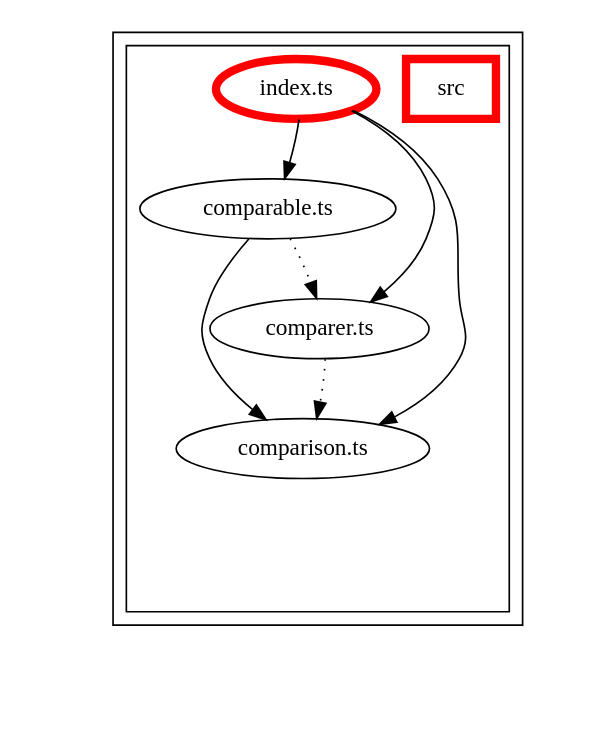
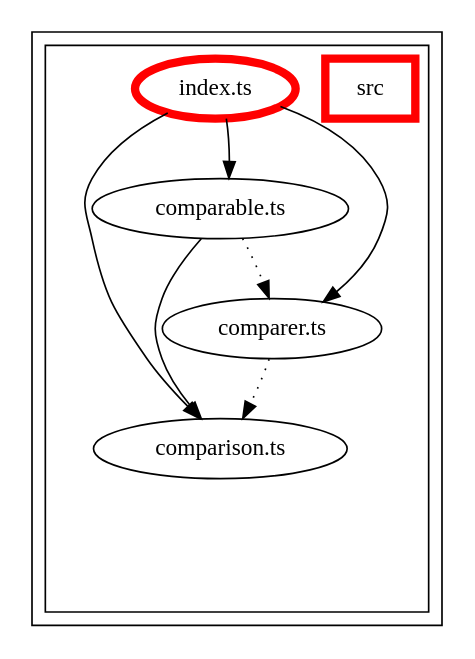
The diagram in packages/alfa-comparable/docs/dependency-graph.dot (Siteimprove/alfa), drawn with Graphviz before and after one commit. The commit also changed 161 other files, not shown here.

First line of the commit message:
Update packages dependency graphs (#1900)

```diff
--- a/packages/alfa-comparable/docs/dependency-graph.dot
+++ b/packages/alfa-comparable/docs/dependency-graph.dot
@@ -1,130 +1,106 @@
-digraph "dependency-graph-[object Object]" {
+digraph "dependency-graph-@siteimprove/alfa-comparable" {
   compound = true;
-  "dependency-graph-[object Object]" [
-    style = "invis";
-  ];
+  "src/comparison.ts";
   "src/comparer.ts";
-  "src/comparison.ts";
   "src/comparable.ts";
   subgraph "cluster_src" {
     color = "#000000";
     label = "";
-    "name_src" [
-      penwidth = 5;
-      shape = "rectangle";
-      color = "#ff0000";
-      label = "src";
-    ];
     "exit_src" [
       style = "invis";
     ];
     subgraph "cluster_src" {
       color = "#000000";
       label = "";
       "name_src" [
         penwidth = 5;
         shape = "rectangle";
         color = "#ff0000";
         label = "src";
       ];
       "exit_src" [
         style = "invis";
       ];
-      "src/comparable.ts" [
-        label = "comparable.ts";
-      ];
       "src/comparer.ts" [
         label = "comparer.ts";
       ];
       "src/comparison.ts" [
         label = "comparison.ts";
       ];
+      "src/comparable.ts" [
+        label = "comparable.ts";
+      ];
       "src/index.ts" [
         label = "index.ts";
         color = "#ff0000";
         penwidth = 5;
       ];
-      "src/comparable.ts" -> "exit_src" [
-        style = "invis";
-      ];
       "src/comparer.ts" -> "exit_src" [
         style = "invis";
       ];
       "src/comparison.ts" -> "exit_src" [
+        style = "invis";
+      ];
+      "src/comparable.ts" -> "exit_src" [
         style = "invis";
       ];
       "src/index.ts" -> "exit_src" [
         style = "invis";
       ];
     }
     "exit_src" -> "exit_src" [
       style = "invis";
     ];
     "exit_src" -> "exit_src" [
       style = "invis";
     ];
     "exit_src" -> "exit_src" [
       style = "invis";
     ];
     "exit_src" -> "exit_src" [
       style = "invis";
     ];
   }
-  "exit_src" -> "dependency-graph-[object Object]" [
+  "src/comparer.ts" -> "src/comparison.ts" [
     style = "invis";
+  ];
+  "src/comparer.ts" -> "src/comparison.ts" [
+    style = "dotted";
+    color = "black";
   ];
   "src/comparable.ts" -> "src/comparer.ts" [
     style = "invis";
   ];
   "src/comparable.ts" -> "src/comparer.ts" [
     style = "dotted";
-    ltail = "cluster_src/comparable.ts";
-    lhead = "cluster_src/comparer.ts";
     color = "black";
   ];
   "src/comparable.ts" -> "src/comparison.ts" [
     style = "invis";
   ];
   "src/comparable.ts" -> "src/comparison.ts" [
     style = "solid";
-    ltail = "cluster_src/comparable.ts";
-    lhead = "cluster_src/comparison.ts";
-    color = "black";
-  ];
-  "src/comparer.ts" -> "src/comparison.ts" [
-    style = "invis";
-  ];
-  "src/comparer.ts" -> "src/comparison.ts" [
-    style = "dotted";
-    ltail = "cluster_src/comparer.ts";
-    lhead = "cluster_src/comparison.ts";
     color = "black";
   ];
   "src/index.ts" -> "src/comparable.ts" [
     style = "invis";
   ];
   "src/index.ts" -> "src/comparable.ts" [
     style = "solid";
-    ltail = "cluster_src/index.ts";
-    lhead = "cluster_src/comparable.ts";
     color = "black";
   ];
   "src/index.ts" -> "src/comparer.ts" [
     style = "invis";
   ];
   "src/index.ts" -> "src/comparer.ts" [
     style = "solid";
-    ltail = "cluster_src/index.ts";
-    lhead = "cluster_src/comparer.ts";
     color = "black";
   ];
   "src/index.ts" -> "src/comparison.ts" [
     style = "invis";
   ];
   "src/index.ts" -> "src/comparison.ts" [
     style = "solid";
-    ltail = "cluster_src/index.ts";
-    lhead = "cluster_src/comparison.ts";
     color = "black";
   ];
 }
```
